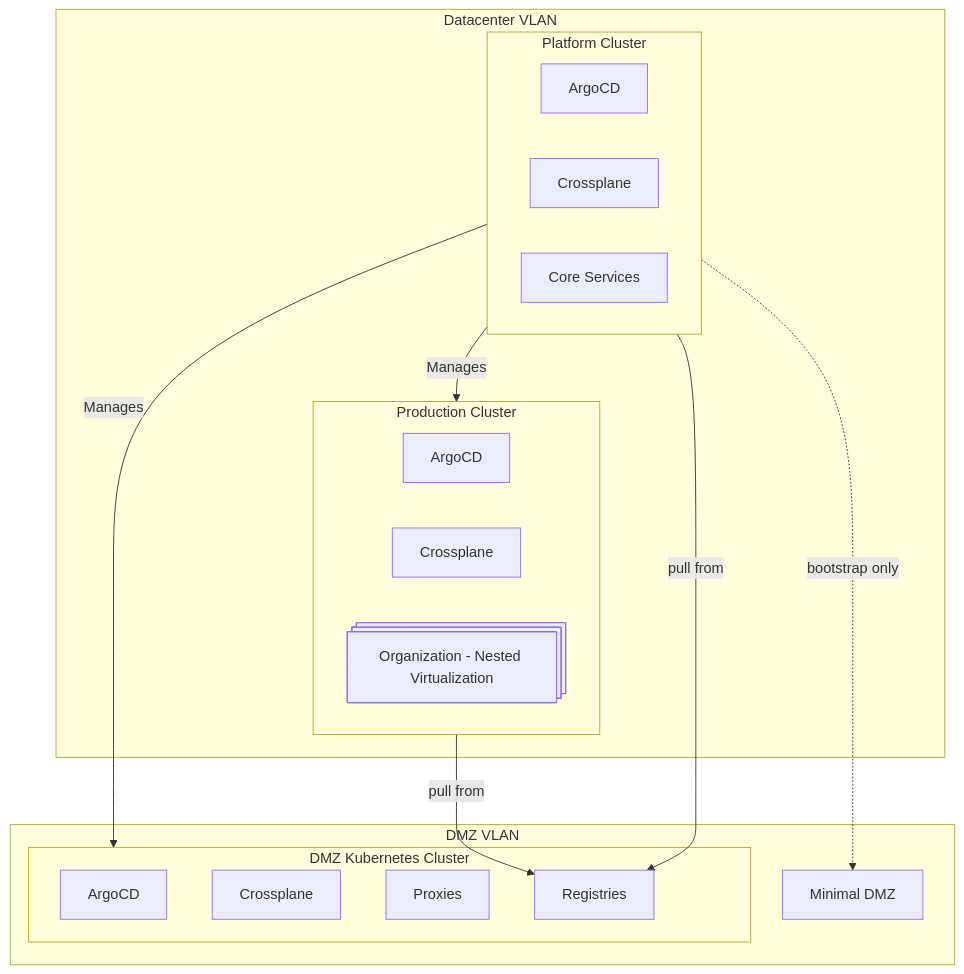
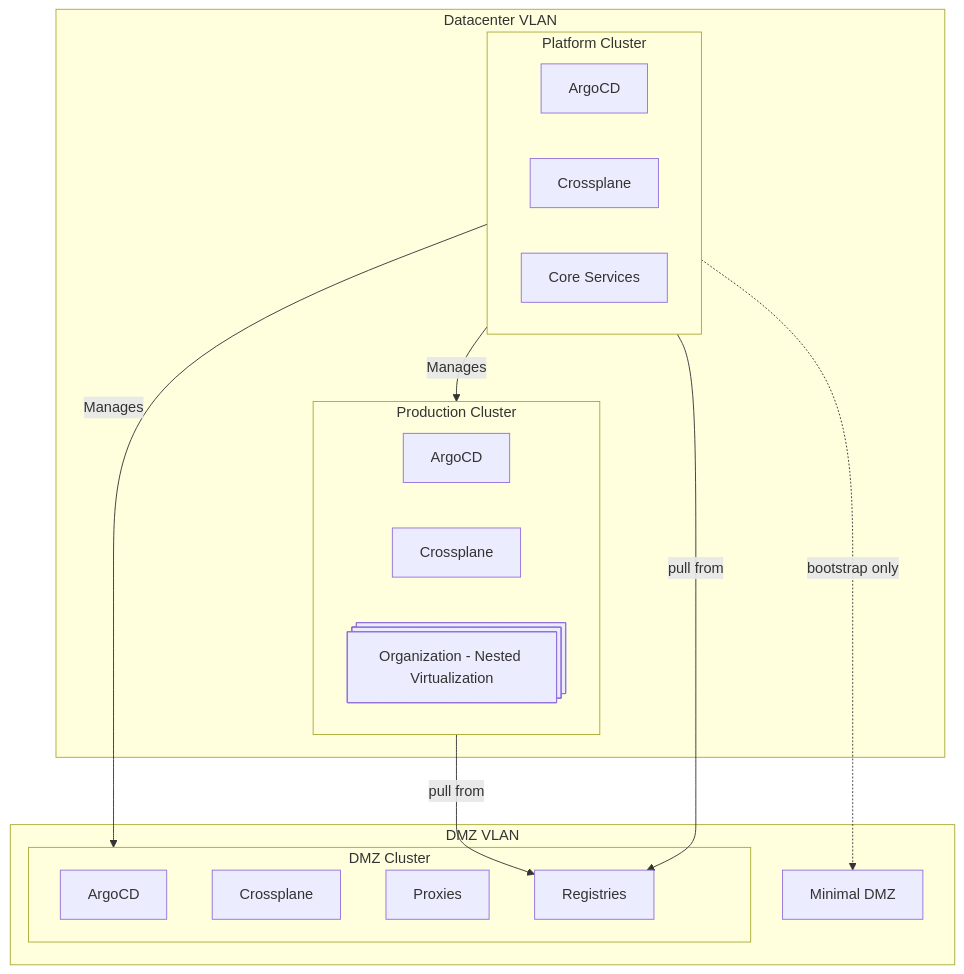
The diagram in README.md (cndp-dev/documentation), drawn with Mermaid before and after one commit.

````diff
--- a/README.md
+++ b/README.md
@@ -32,37 +32,37 @@
 ```mermaid
 graph TD;
   subgraph DMZ_VLAN[DMZ VLAN]
-    subgraph DMZ_Cluster[DMZ Kubernetes Cluster]
+    subgraph DMZ_Cluster[DMZ Cluster]
       ArgoCD_DMZ[ArgoCD]
       Crossplane_DMZ[Crossplane]
       Proxies[Proxies]
       Registries[Registries]
     end
     Bootstrap_Node[Minimal DMZ]
   end
 
   subgraph Datacenter_VLAN[Datacenter VLAN]
     subgraph Platform_Cluster[Platform Cluster]
       ArgoCD[ArgoCD]
       Crossplane[Crossplane]
       Core_Services[Core Services]
     end
 
     subgraph Production_Cluster[Production Cluster]
       ArgoCD_Prod[ArgoCD]
       Crossplane_Prod[Crossplane]
       Organizations[Organization - Nested Virtualization]
     end
   end
 
   %% Network Connections
   Platform_Cluster -. bootstrap only .-> Bootstrap_Node
   Platform_Cluster -->|Manages| Production_Cluster
   Platform_Cluster -->|Manages| DMZ_Cluster
   Production_Cluster -->|pull from| Registries
   Platform_Cluster -->|pull from| Registries
 
   %% Formatting
   Organizations@{ shape: procs }
 
 ```
````
